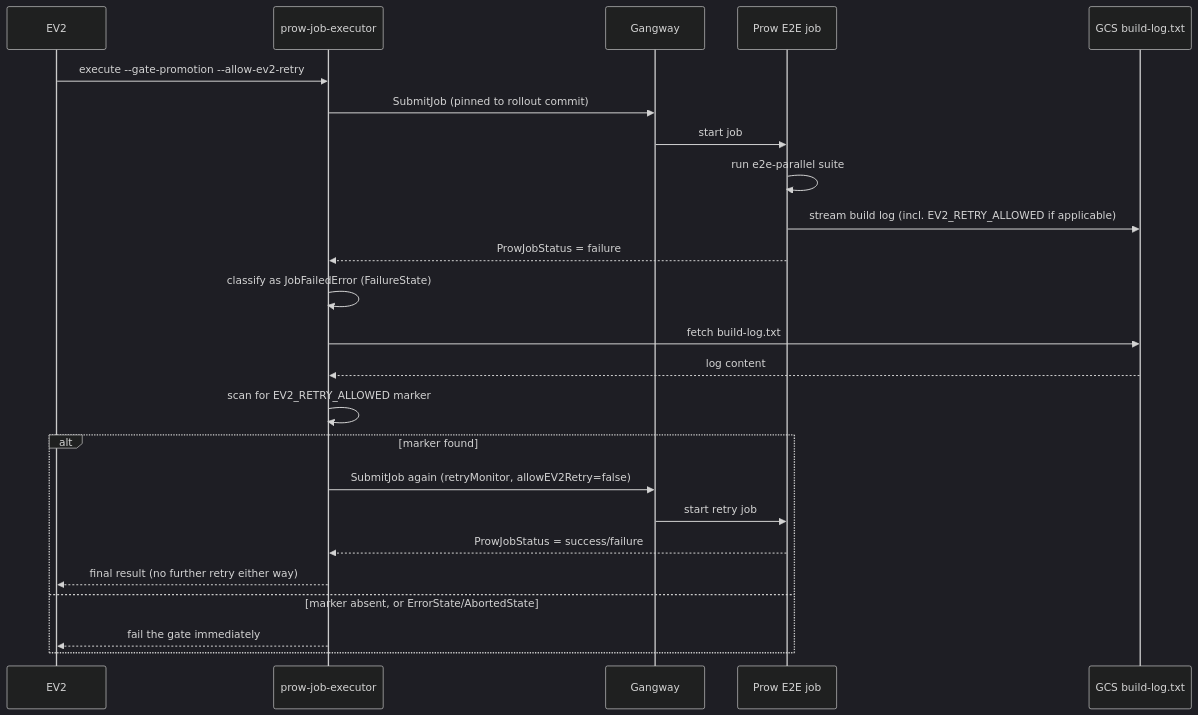
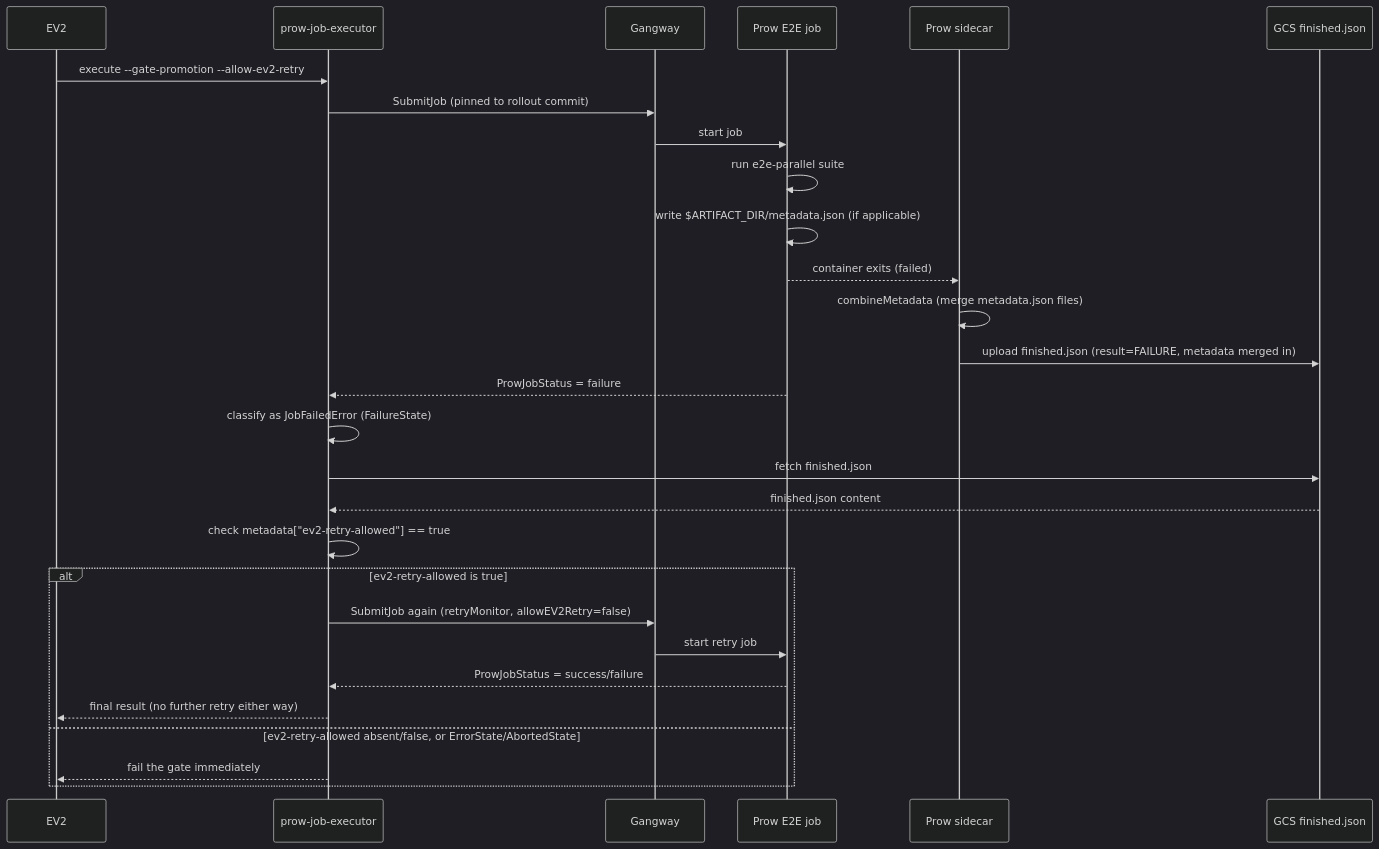
Before and after one commit to Azure/ARO-HCP: the second of 2 diagrams in docs/ci/ev2-retry-catcher.md, drawn with Mermaid (dark theme). The commit also changed other lines of this file and 1 other file, not shown here.

First line of the commit message:
docs(ci): describe the finished.json metadata mechanism, not the log marker (AROSLSRE-1726)

````diff
--- a/docs/ci/ev2-retry-catcher.md
+++ b/docs/ci/ev2-retry-catcher.md
@@ -61,27 +63,31 @@
 ```mermaid
 sequenceDiagram
     participant EV2
     participant executor as prow-job-executor
     participant gangway as Gangway
     participant job as Prow E2E job
-    participant gcs as GCS build-log.txt
+    participant sidecar as Prow sidecar
+    participant gcs as GCS finished.json
 
     EV2->>executor: execute --gate-promotion --allow-ev2-retry
     executor->>gangway: SubmitJob (pinned to rollout commit)
     gangway->>job: start job
     job->>job: run e2e-parallel suite
-    job->>gcs: stream build log (incl. EV2_RETRY_ALLOWED if applicable)
+    job->>job: write $ARTIFACT_DIR/metadata.json (if applicable)
+    job-->>sidecar: container exits (failed)
+    sidecar->>sidecar: combineMetadata (merge metadata.json files)
+    sidecar->>gcs: upload finished.json (result=FAILURE, metadata merged in)
     job-->>executor: ProwJobStatus = failure
     executor->>executor: classify as JobFailedError (FailureState)
-    executor->>gcs: fetch build-log.txt
-    gcs-->>executor: log content
-    executor->>executor: scan for EV2_RETRY_ALLOWED marker
-    alt marker found
+    executor->>gcs: fetch finished.json
+    gcs-->>executor: finished.json content
+    executor->>executor: check metadata["ev2-retry-allowed"] == true
+    alt ev2-retry-allowed is true
         executor->>gangway: SubmitJob again (retryMonitor, allowEV2Retry=false)
         gangway->>job: start retry job
         job-->>executor: ProwJobStatus = success/failure
         executor-->>EV2: final result (no further retry either way)
-    else marker absent, or ErrorState/AbortedState
+    else ev2-retry-allowed absent/false, or ErrorState/AbortedState
         executor-->>EV2: fail the gate immediately
     end
 ```
````
